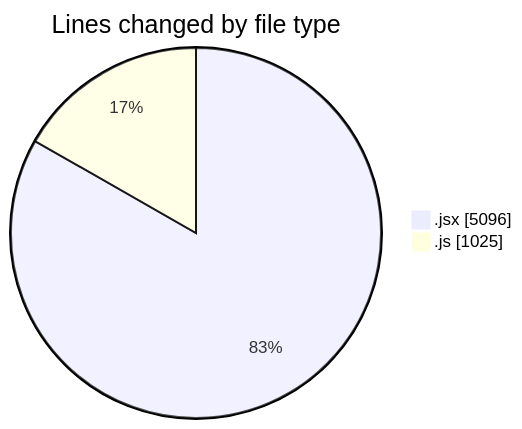
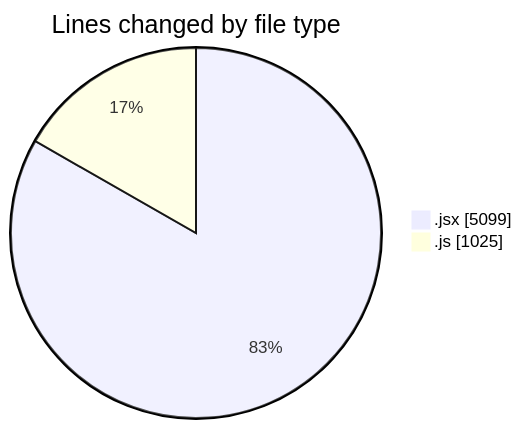
One commit to nxtqubesakshisongat/code-tracking changed the first of 2 diagrams in 2025-07-21/nxtqube_webapp/README.md. Above: the diagram before and after it, drawn with Mermaid. The commit also changed other lines of this file and 1 other file, not shown here.

````diff
--- a/2025-07-21/nxtqube_webapp/README.md
+++ b/2025-07-21/nxtqube_webapp/README.md
@@ -29,6 +29,6 @@
 ```mermaid
 pie showData
 title Lines changed by file type
-".jsx" : 5096
+".jsx" : 5099
 ".js" : 1025
 ```
````
